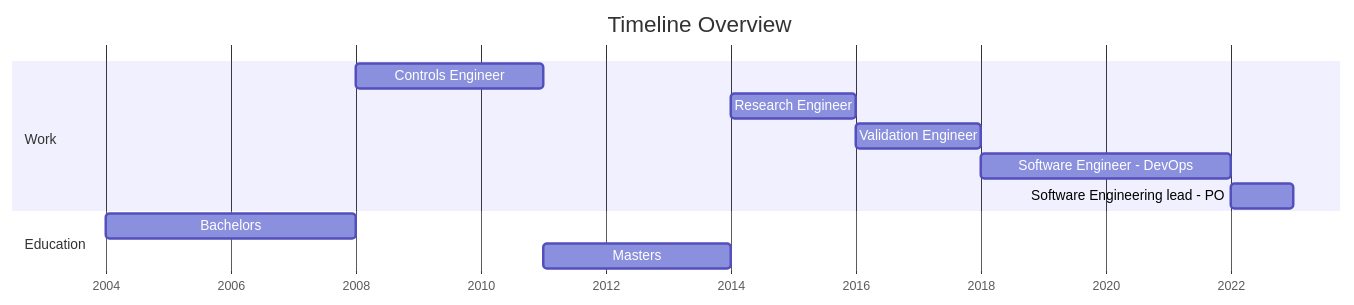
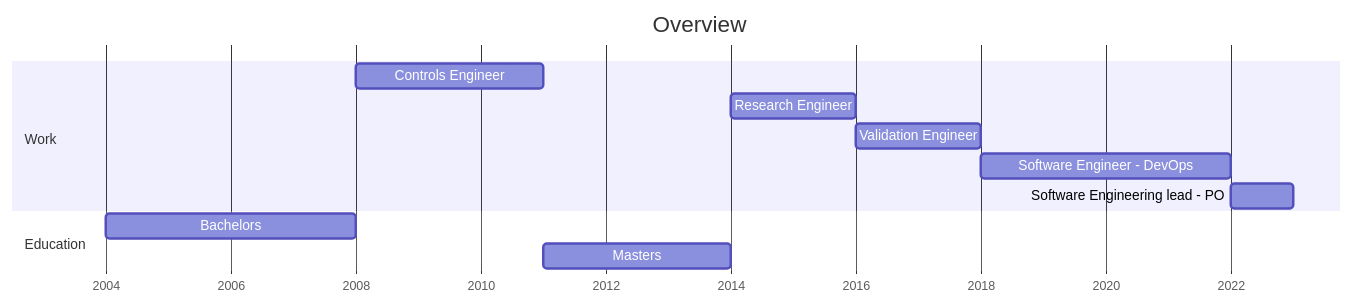
The diagram in README.md (kar-ven/kar-ven.github.io), drawn with Mermaid before and after one commit. The commit also changed 1 other file, not shown here.

```diff
--- a/README.md
+++ b/README.md
@@ -1,15 +1,15 @@
 <pre class="mermaid">
 gantt
-    title Timeline Overview
+    title Overview
     dateFormat YYYY
     axisFormat %Y
     section Work
     Controls Engineer                  :2008, 2011
     Research Engineer                  :2014, 2016
     Validation Engineer                :2016, 2018
     Software Engineer - DevOps         :2018, 2022
     Software Engineering lead - PO     :2022, 2023
     Section Education
     Bachelors                          :2004, 2008
     Masters                            :2011, 2014
 </pre>
```
